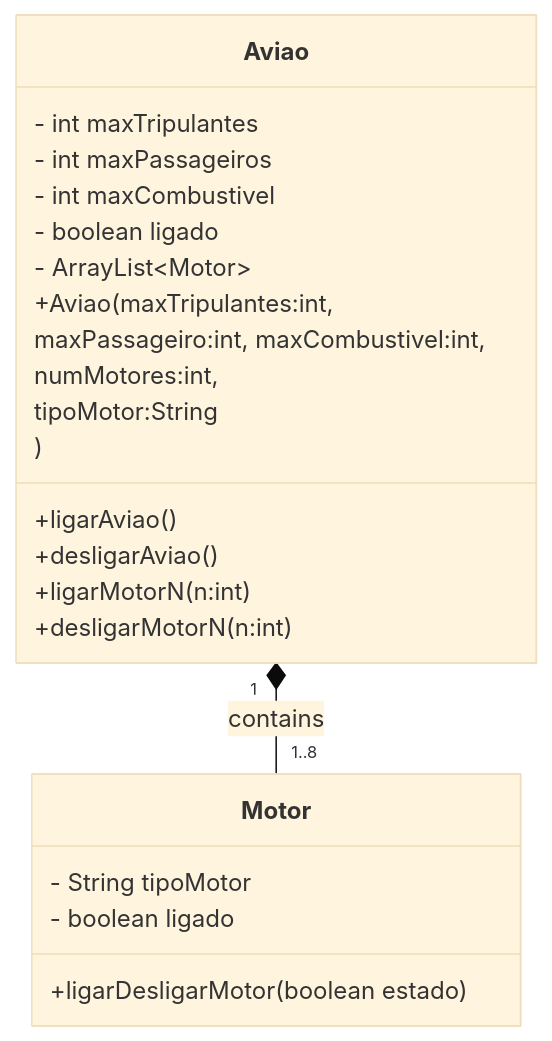
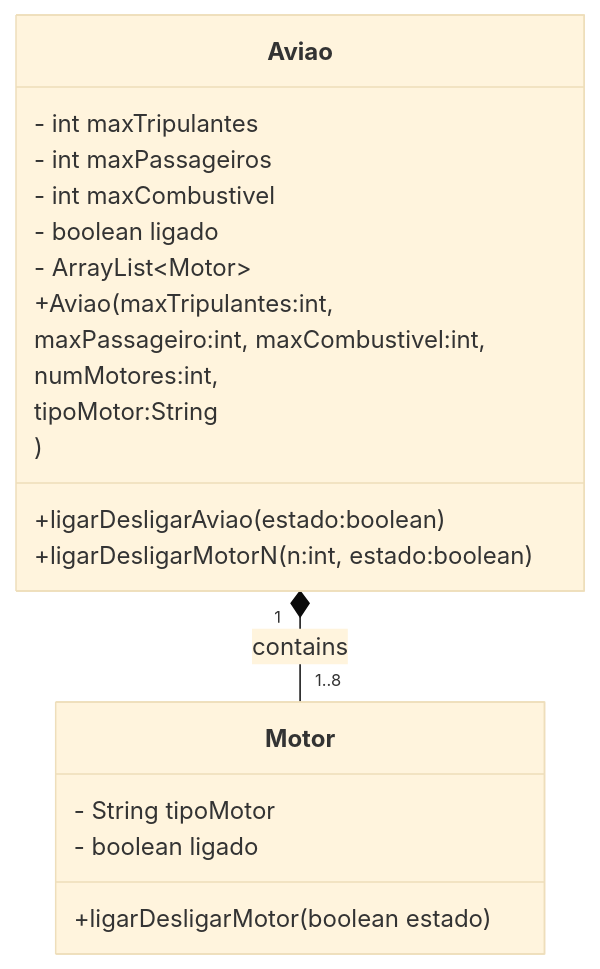
One commit to gabriel-lw/PooRepo changed the diagram in Aulas/2026-09-29-2/README.md. Above: the diagram before and after it, drawn with Mermaid (base theme). The commit also changed 18 other files, not shown here.

Commit message:
mais classes UML

````diff
--- a/Aulas/2026-09-29-2/README.md
+++ b/Aulas/2026-09-29-2/README.md
@@ -1,38 +1,35 @@
 ```mermaid
 classDiagram
 
 class Aviao{
 
     - int maxTripulantes
     - int maxPassageiros
     - int maxCombustivel
     - boolean ligado
     - ArrayList~Motor~
   
 
     +Aviao(maxTripulantes:int,
     maxPassageiro:int, maxCombustivel:int,
     numMotores:int,
     tipoMotor:String
     )
 
-    +ligarAviao()
-    +desligarAviao()
-
-    +ligarMotorN(n:int)
-    +desligarMotorN(n:int)
-
+    +ligarDesligarAviao(estado:boolean)
     
+    +ligarDesligarMotorN(n:int, estado:boolean)
+   
 }
 
 class Motor{
     - String tipoMotor
     - boolean ligado
 
     +ligarDesligarMotor(boolean estado)
     
 }
 
 Aviao "1" *-- "1..8" Motor : contains
 
 ```
````
